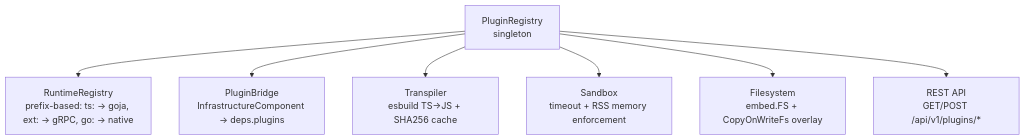
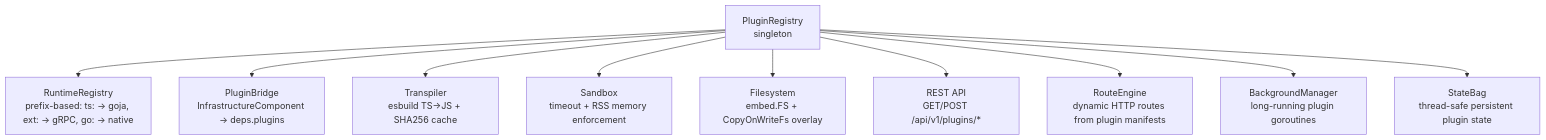
The fourth of 4 diagrams in docs_wiki/ARCHITECTURE.md (diameter-tscd/stackyrd), drawn with Mermaid before and after one commit. The commit also changed other lines of this file and 19 other files, not shown here.

First line of the commit message:
feat(plugin): add HTTP routes, persistent state, background execution, and WebSocket support

````diff
--- a/docs_wiki/ARCHITECTURE.md
+++ b/docs_wiki/ARCHITECTURE.md
@@ -143,10 +143,13 @@
 ```mermaid
 flowchart TD
     A[PluginRegistry<br/>singleton]
     A --> B[RuntimeRegistry<br/>prefix-based: ts: → goja, ext: → gRPC, go: → native]
     A --> C[PluginBridge<br/>InfrastructureComponent → deps.plugins]
     A --> D[Transpiler<br/>esbuild TS→JS + SHA256 cache]
     A --> E[Sandbox<br/>timeout + RSS memory enforcement]
     A --> F[Filesystem<br/>embed.FS + CopyOnWriteFs overlay]
     A --> G[REST API<br/>GET/POST /api/v1/plugins/*]
+    A --> H[RouteEngine<br/>dynamic HTTP routes from plugin manifests]
+    A --> I[BackgroundManager<br/>long-running plugin goroutines]
+    A --> J[StateBag<br/>thread-safe persistent plugin state]
 ```
````
